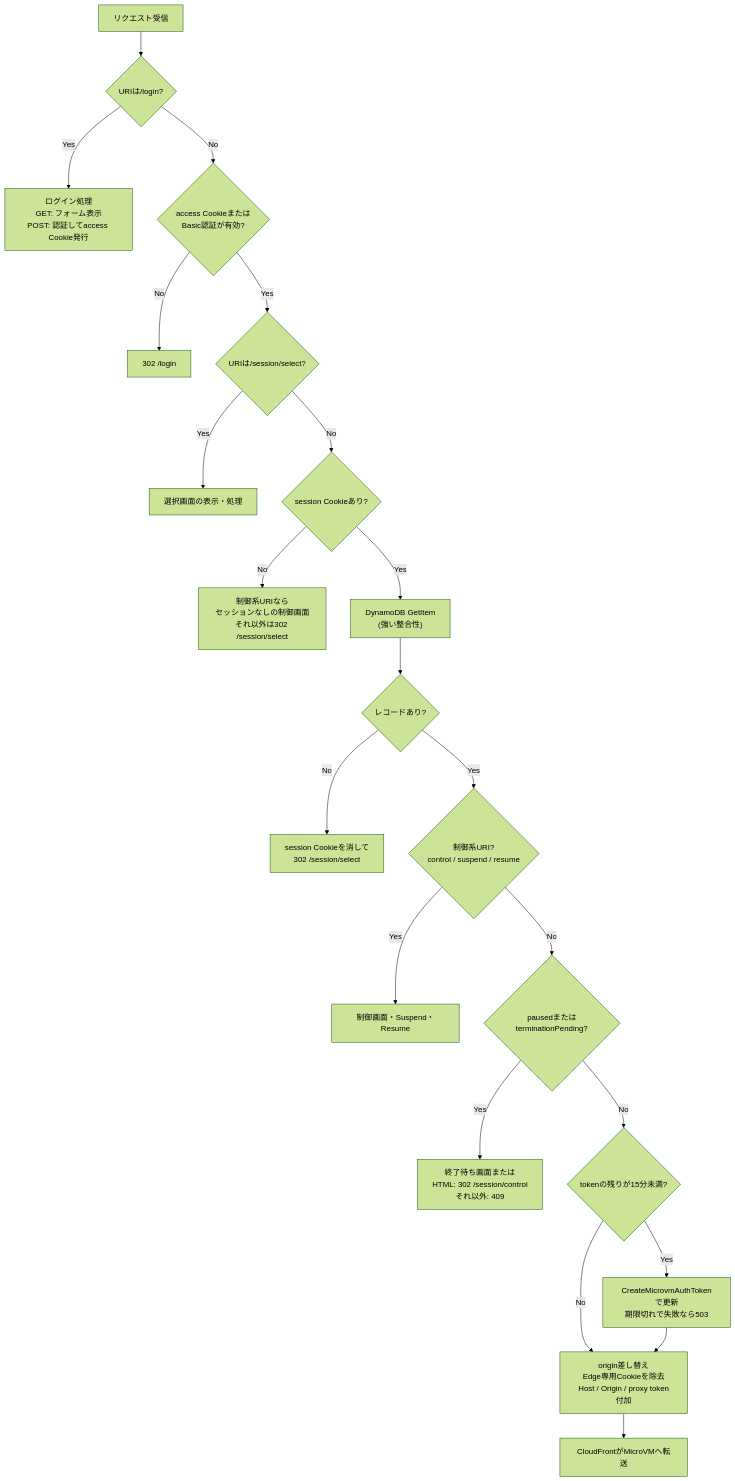
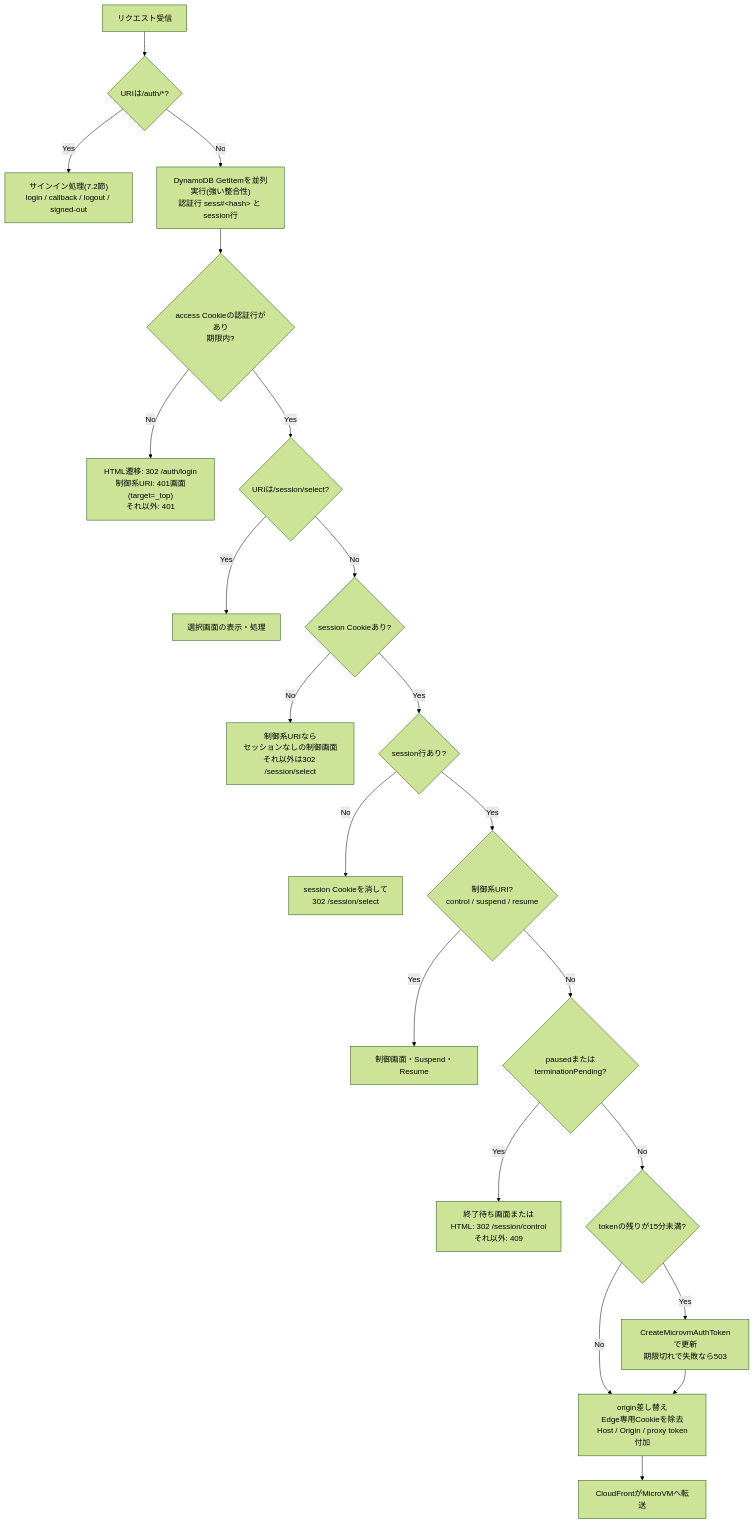
One commit to har1101/lambda-microvm-webapp changed the second of 7 diagrams in docs/architecture-and-design.md. Above: the diagram before and after it, drawn with Mermaid (forest theme). The commit also changed other lines of this file and 11 other files, not shown here.

````diff
--- a/docs/architecture-and-design.md
+++ b/docs/architecture-and-design.md
@@ -292,23 +305,23 @@
 ```mermaid
 flowchart TD
-    A["リクエスト受信"] --> B{"URIは/login?"}
-    B -- Yes --> L["ログイン処理<br/>GET: フォーム表示<br/>POST: 認証してaccess Cookie発行"]
-    B -- No --> C{"access Cookieまたは<br/>Basic認証が有効?"}
-    C -- No --> R1["302 /login"]
+    A["リクエスト受信"] --> B{"URIは/auth/*?"}
+    B -- Yes --> L["サインイン処理(7.2節)<br/>login / callback / logout / signed-out"]
+    B -- No --> F["DynamoDB GetItemを並列実行(強い整合性)<br/>認証行 sess#&lt;hash&gt; と session行"]
+    F --> C{"access Cookieの認証行があり<br/>期限内?"}
+    C -- No --> R1["HTML遷移: 302 /auth/login<br/>制御系URI: 401画面(target=_top)<br/>それ以外: 401"]
     C -- Yes --> D{"URIは/session/select?"}
     D -- Yes --> SEL["選択画面の表示・処理"]
     D -- No --> E{"session Cookieあり?"}
     E -- No --> R2["制御系URIなら<br/>セッションなしの制御画面<br/>それ以外は302 /session/select"]
-    E -- Yes --> F["DynamoDB GetItem<br/>(強い整合性)"]
-    F --> G{"レコードあり?"}
+    E -- Yes --> G{"session行あり?"}
     G -- No --> R3["session Cookieを消して<br/>302 /session/select"]
     G -- Yes --> H{"制御系URI?<br/>control / suspend / resume"}
     H -- Yes --> CTRL["制御画面・Suspend・Resume"]
     H -- No --> I{"pausedまたはterminationPending?"}
     I -- Yes --> P["終了待ち画面または<br/>HTML: 302 /session/control<br/>それ以外: 409"]
     I -- No --> J{"tokenの残りが15分未満?"}
     J -- Yes --> K["CreateMicrovmAuthTokenで更新<br/>期限切れで失敗なら503"]
     J -- No --> M["origin差し替え<br/>Edge専用Cookieを除去<br/>Host / Origin / proxy token付加"]
     K --> M
     M --> N["CloudFrontがMicroVMへ転送"]
 ```
````
